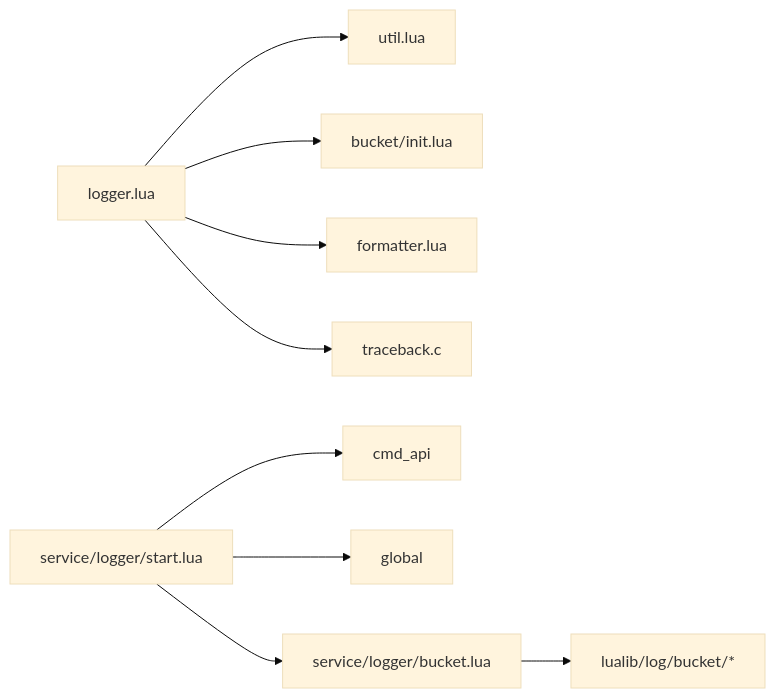
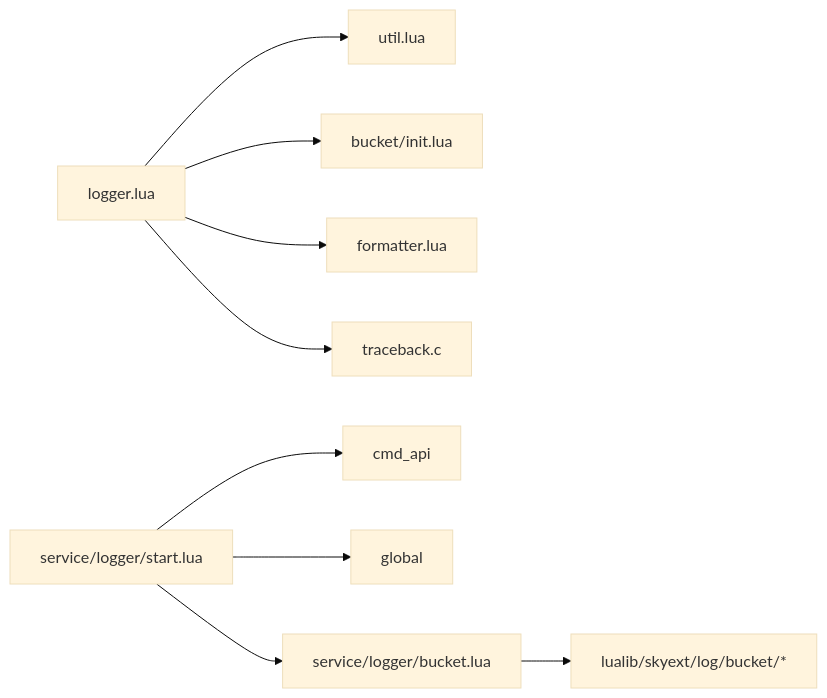
The seventh of 7 diagrams in docs/repowiki/zh/content/核心模块/日志系统/日志级别管理.md (hanxi/skyext), drawn with Mermaid (base theme) before and after one commit. The commit also changed other lines of this file and 117 other files, not shown here.

````diff
--- a/docs/repowiki/zh/content/核心模块/日志系统/日志级别管理.md
+++ b/docs/repowiki/zh/content/核心模块/日志系统/日志级别管理.md
@@ -302,11 +302,11 @@
 ```mermaid
 graph LR
 Logger["logger.lua"] --> Util["util.lua"]
 Logger --> Bucket["bucket/init.lua"]
 Logger --> Formatter["formatter.lua"]
 Logger --> Traceback["traceback.c"]
 ServiceStart["service/logger/start.lua"] --> CmdApi["cmd_api"]
 ServiceStart --> Global["global"]
 ServiceStart --> BucketSvc["service/logger/bucket.lua"]
-BucketSvc --> BucketLib["lualib/log/bucket/*"]
+BucketSvc --> BucketLib["lualib/skyext/log/bucket/*"]
 ```
````
